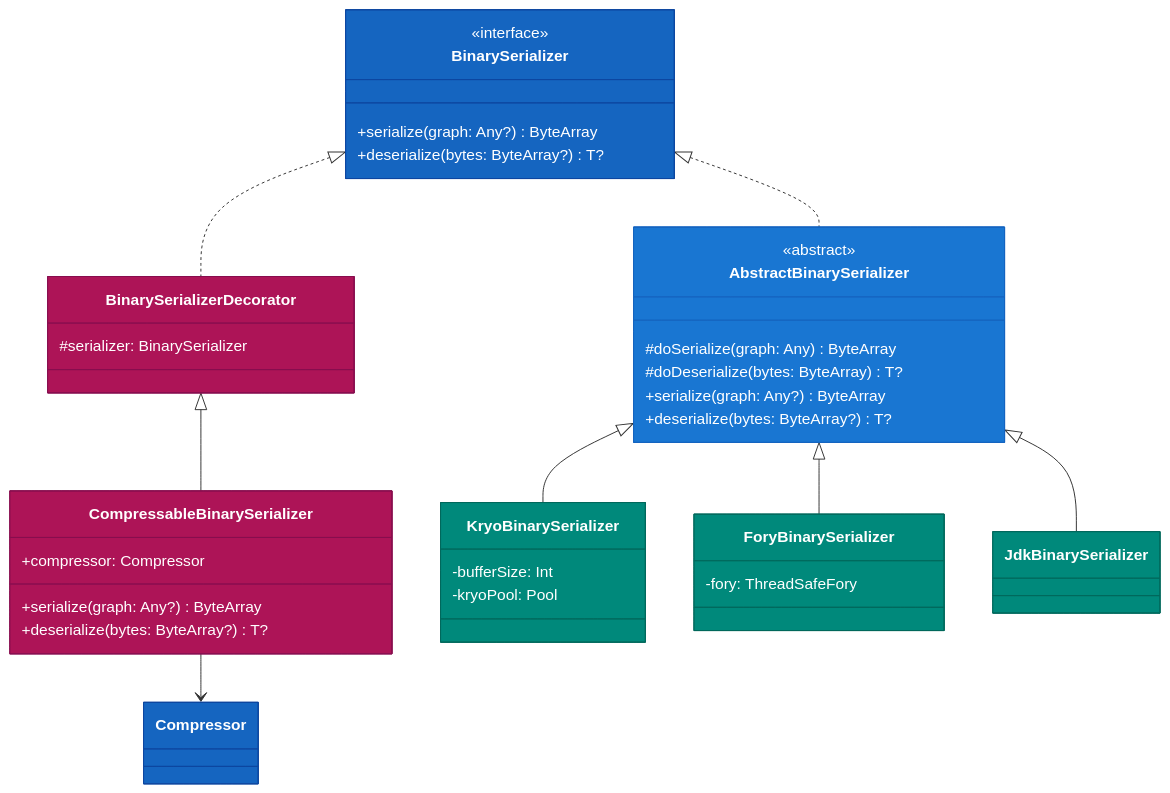
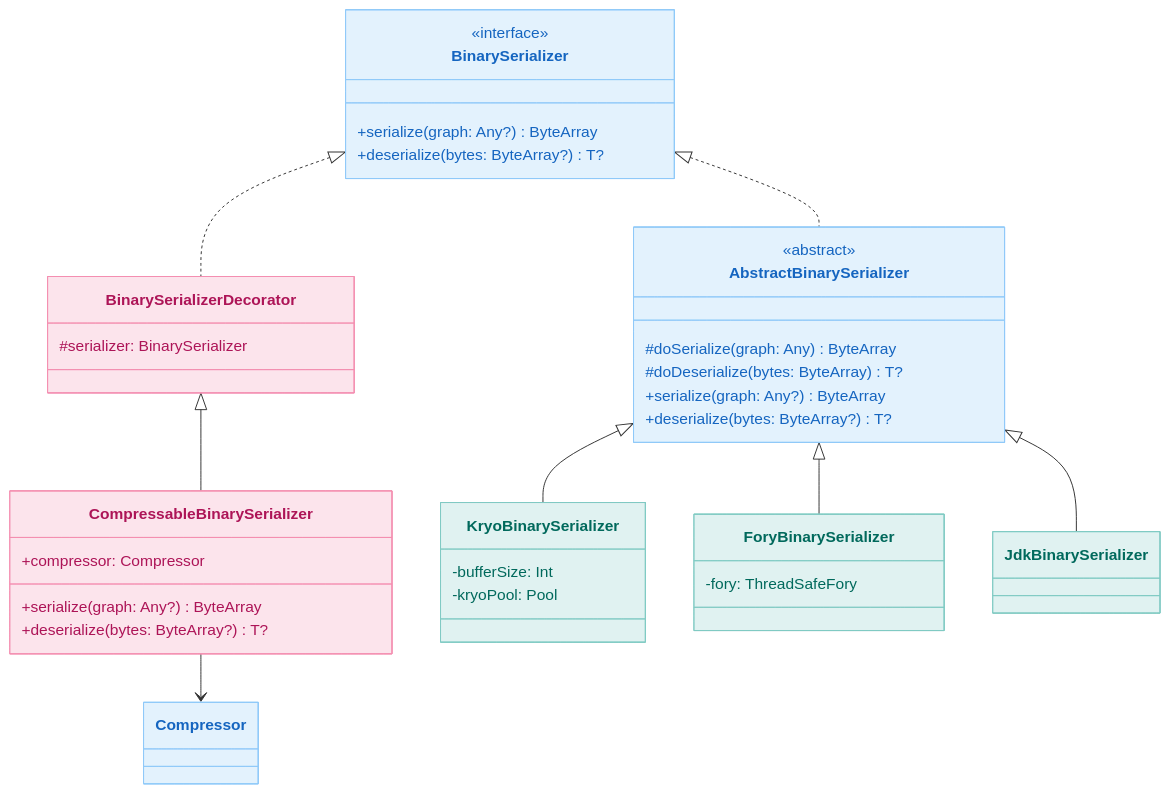
Before and after one commit to bluetape4k/bluetape4k-projects: the second of 7 diagrams in io/io/README.md, drawn with Mermaid. The commit also changed other lines of this file and 219 other files, not shown here.

First line of the commit message:
docs: 전체 README Mermaid 다이어그램 가이드 적용

````diff
--- a/io/io/README.md
+++ b/io/io/README.md
@@ -79,51 +79,51 @@
 ```mermaid
 classDiagram
     class BinarySerializer {
         <<interface>>
         +serialize(graph: Any?) ByteArray
         +deserialize(bytes: ByteArray?) T?
     }
 
     class AbstractBinarySerializer {
         <<abstract>>
         #doSerialize(graph: Any) ByteArray
         #doDeserialize(bytes: ByteArray) T?
         +serialize(graph: Any?) ByteArray
         +deserialize(bytes: ByteArray?) T?
     }
 
     class BinarySerializerDecorator {
         #serializer: BinarySerializer
     }
 
     class CompressableBinarySerializer {
         +compressor: Compressor
         +serialize(graph: Any?) ByteArray
         +deserialize(bytes: ByteArray?) T?
     }
 
     class KryoBinarySerializer {
         -bufferSize: Int
         -kryoPool: Pool
     }
     class ForyBinarySerializer {
         -fory: ThreadSafeFory
     }
 
     BinarySerializer <|.. AbstractBinarySerializer
     BinarySerializer <|.. BinarySerializerDecorator
     AbstractBinarySerializer <|-- JdkBinarySerializer
     AbstractBinarySerializer <|-- KryoBinarySerializer
     AbstractBinarySerializer <|-- ForyBinarySerializer
     BinarySerializerDecorator <|-- CompressableBinarySerializer
     CompressableBinarySerializer --> Compressor
 
-    style BinarySerializer fill:#1565C0,stroke:#0D47A1,color:#FFFFFF
-    style AbstractBinarySerializer fill:#1976D2,stroke:#1565C0,color:#FFFFFF
-    style BinarySerializerDecorator fill:#AD1457,stroke:#880E4F,color:#FFFFFF
-    style CompressableBinarySerializer fill:#AD1457,stroke:#880E4F,color:#FFFFFF
-    style JdkBinarySerializer fill:#00897B,stroke:#00695C,color:#FFFFFF
-    style KryoBinarySerializer fill:#00897B,stroke:#00695C,color:#FFFFFF
-    style ForyBinarySerializer fill:#00897B,stroke:#00695C,color:#FFFFFF
-    style Compressor fill:#1565C0,stroke:#0D47A1,color:#FFFFFF
+    style BinarySerializer fill:#E3F2FD,stroke:#90CAF9,color:#1565C0
+    style AbstractBinarySerializer fill:#E3F2FD,stroke:#90CAF9,color:#1565C0
+    style BinarySerializerDecorator fill:#FCE4EC,stroke:#F48FB1,color:#AD1457
+    style CompressableBinarySerializer fill:#FCE4EC,stroke:#F48FB1,color:#AD1457
+    style JdkBinarySerializer fill:#E0F2F1,stroke:#80CBC4,color:#00695C
+    style KryoBinarySerializer fill:#E0F2F1,stroke:#80CBC4,color:#00695C
+    style ForyBinarySerializer fill:#E0F2F1,stroke:#80CBC4,color:#00695C
+    style Compressor fill:#E3F2FD,stroke:#90CAF9,color:#1565C0
 ```
````
